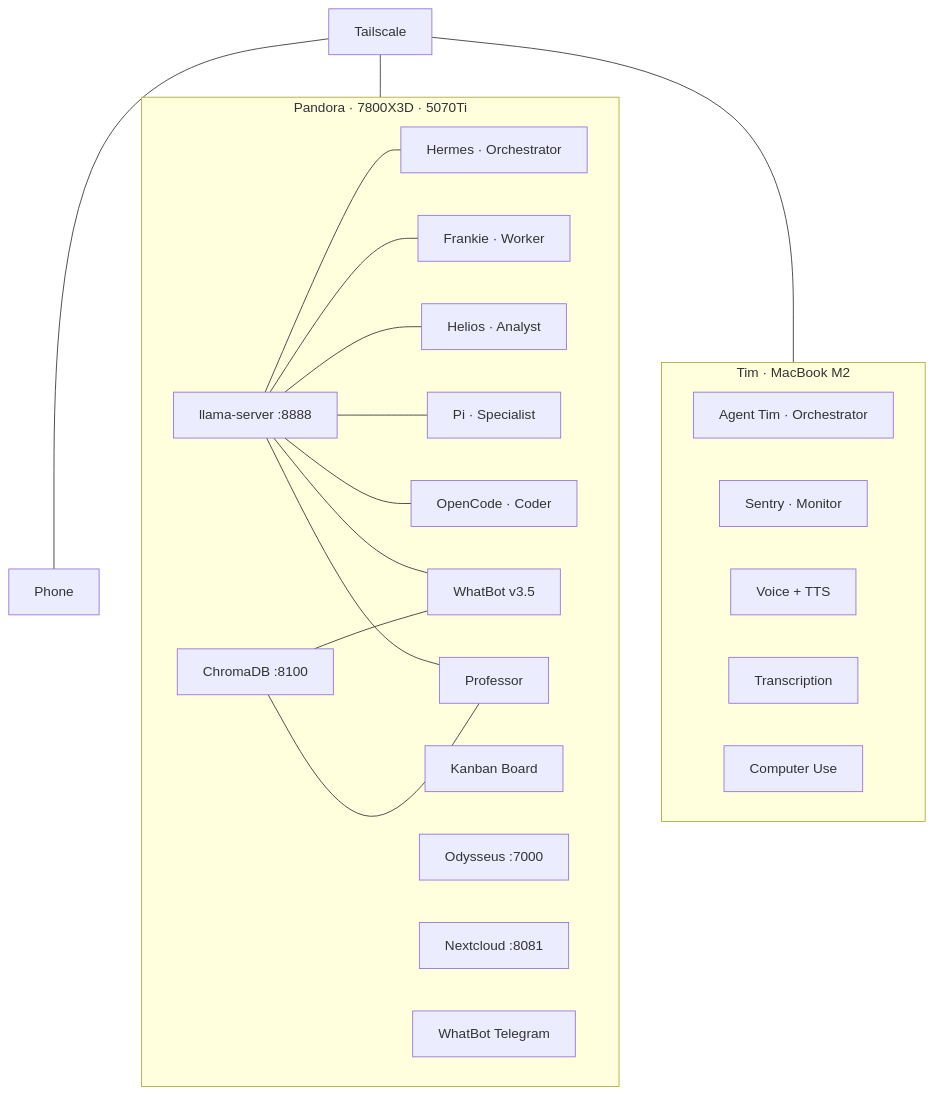
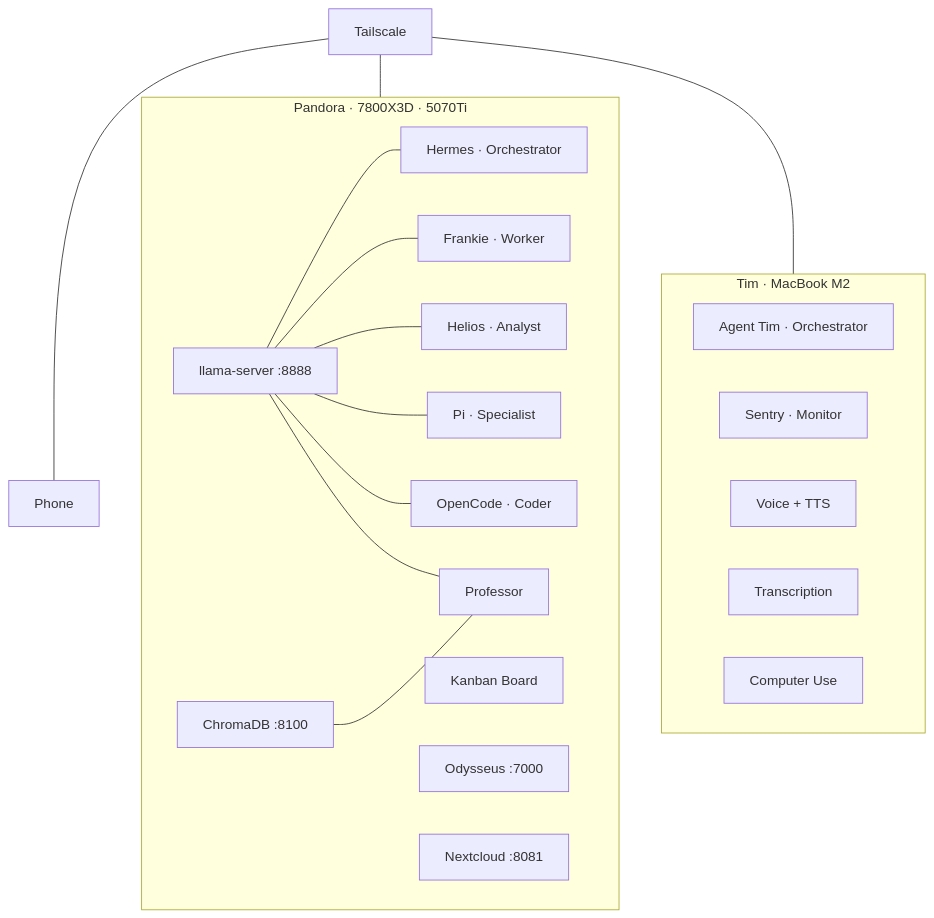
Before and after one commit to stopabidi/ai-architecture: the diagram in JOURNEY.md, drawn with Mermaid. The commit also changed other lines of this file and 3 other files, not shown here.

First line of the commit message:
Regenerate diagram, humanise language, remove WhatBot mentions

````diff
--- a/JOURNEY.md
+++ b/JOURNEY.md
@@ -144,37 +145,33 @@
 ```mermaid
 graph TB
     subgraph P[Pandora · 7800X3D · 5070Ti]
         LLM[llama-server :8888]
         VEC[ChromaDB :8100]
         H[Hermes · Orchestrator]
         F[Frankie · Worker]
         HE[Helios · Analyst]
         PI[Pi · Specialist]
         OC[OpenCode · Coder]
         KB[Kanban Board]
         OD[Odysseus :7000]
         NC[Nextcloud :8081]
-        WB[WhatBot v3.5]
-        WT[WhatBot Telegram]
         PR[Professor]
     end
     subgraph T[Tim · MacBook M2]
         AT[Agent Tim · Orchestrator]
         SN[Sentry · Monitor]
         VO[Voice + TTS]
         TR[Transcription]
         CU[Computer Use]
     end
     TS[Tailscale] --- P
     TS --- T
     TS --- Phone
     LLM --- H
     LLM --- F
     LLM --- HE
     LLM --- PI
     LLM --- OC
-    LLM --- WB
     LLM --- PR
-    VEC --- WB
     VEC --- PR
 ```
````
